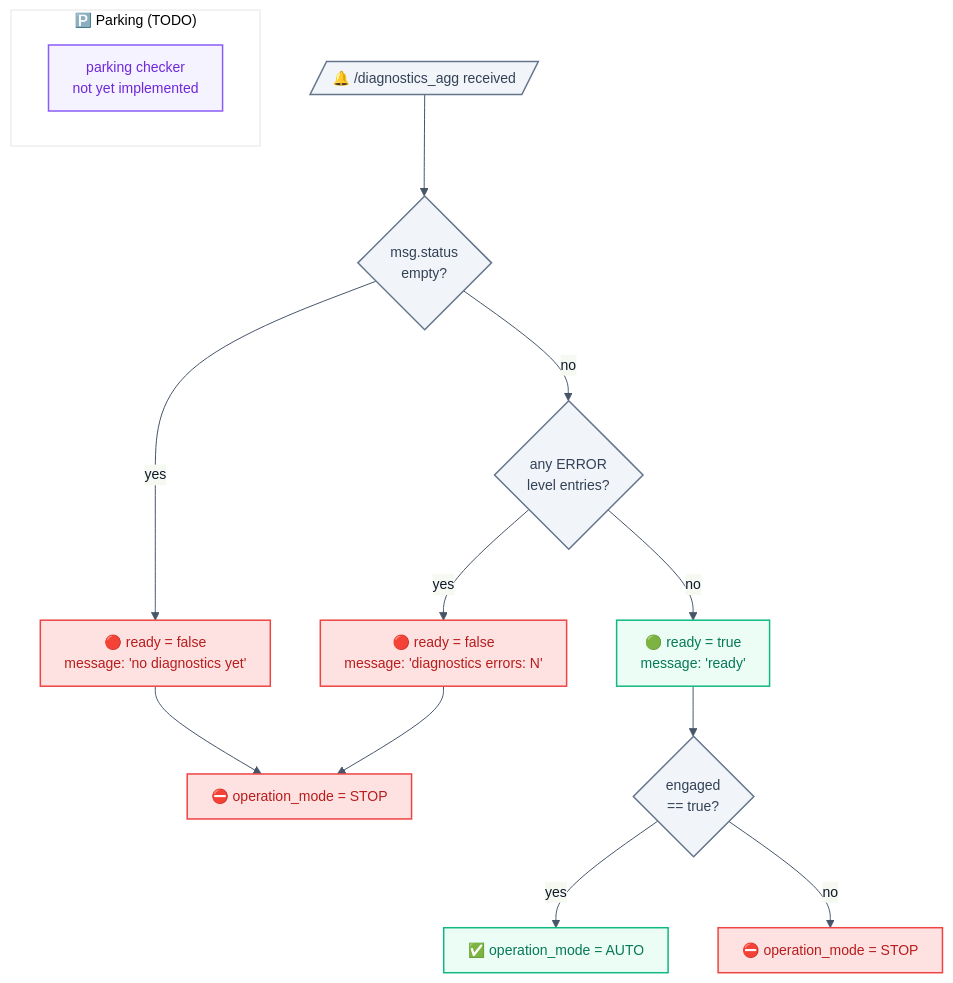
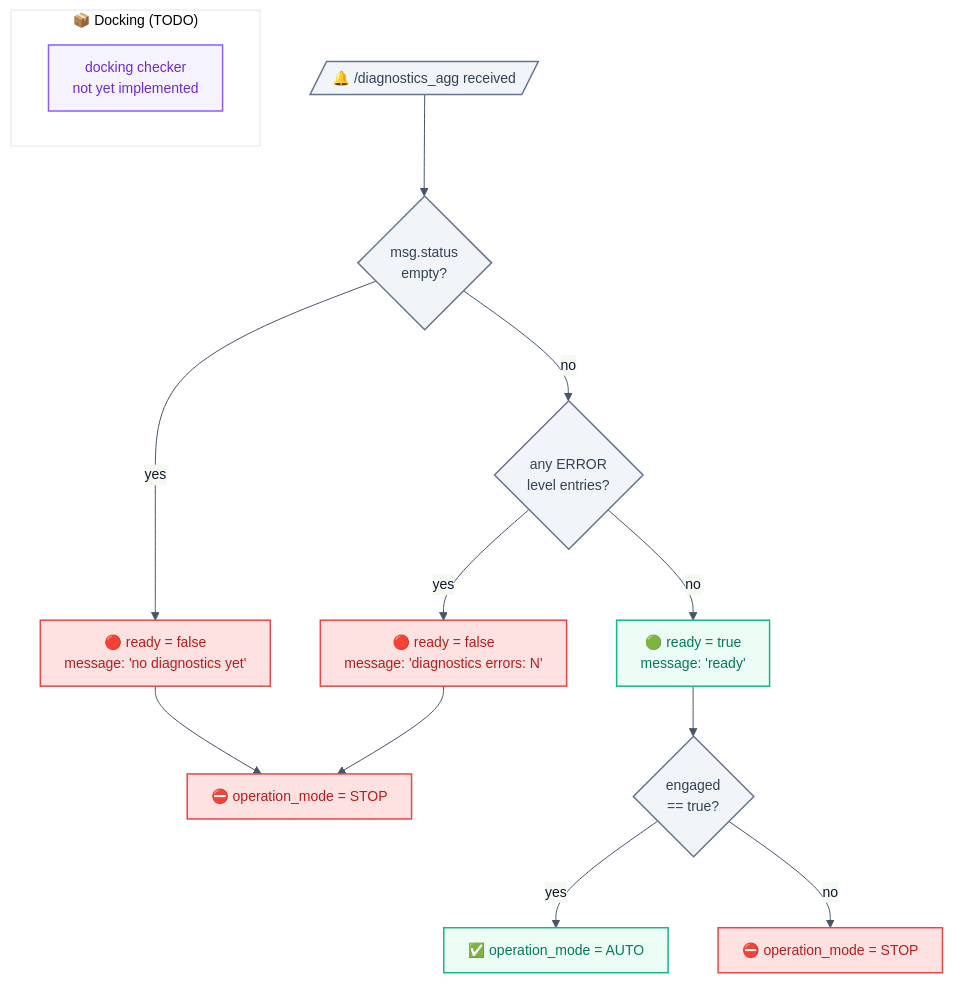
One commit to hwanhonglee/CAMROD changed the third of 4 diagrams in camrod_system/README.md. Above: the diagram before and after it, drawn with Mermaid. The commit also changed other lines of this file and 12 other files, not shown here.

First line of the commit message:
docs(HH_260528): rename camrod_parking → camrod_docking across all READMEs

````diff
--- a/camrod_system/README.md
+++ b/camrod_system/README.md
@@ -116,24 +116,24 @@
 ```mermaid
 %%{init: {'theme': 'base', 'themeVariables': {'fontFamily': 'ui-sans-serif, system-ui, sans-serif', 'fontSize': '14px', 'primaryColor': '#F1F5F9', 'primaryTextColor': '#0F172A', 'primaryBorderColor': '#64748B', 'lineColor': '#475569'}, 'flowchart': {'curve': 'basis', 'htmlLabels': true, 'padding': 12}}}%%
 flowchart TD
   A[/🔔 /diagnostics_agg received/]:::system --> B{msg.status\nempty?}:::system
   B -->|yes| C[🔴 ready = false\nmessage: 'no diagnostics yet']:::platform
   B -->|no| D{any ERROR\nlevel entries?}:::system
   D -->|yes| E[🔴 ready = false\nmessage: 'diagnostics errors: N']:::platform
   D -->|no| F[🟢 ready = true\nmessage: 'ready']:::localization
 
   C --> G[⛔ operation_mode = STOP]:::platform
   E --> G
   F --> H{engaged\n== true?}:::system
   H -->|yes| I[✅ operation_mode = AUTO]:::localization
   H -->|no| J[⛔ operation_mode = STOP]:::platform
 
-  subgraph PARKING_NOTE["🅿️ Parking (TODO)"]
-    PTODO[parking checker\nnot yet implemented]:::parking
+  subgraph DOCKING_NOTE["📦 Docking (TODO)"]
+    PTODO[docking checker\nnot yet implemented]:::docking
   end
 
   classDef system       fill:#F1F5F9,stroke:#64748B,stroke-width:1.5px,color:#334155;
   classDef localization fill:#ECFDF5,stroke:#10B981,stroke-width:1.5px,color:#047857;
   classDef platform     fill:#FEE2E2,stroke:#EF4444,stroke-width:1.5px,color:#B91C1C;
-  classDef parking      fill:#F5F3FF,stroke:#8B5CF6,stroke-width:1.5px,color:#6D28D9;
+  classDef docking      fill:#F5F3FF,stroke:#8B5CF6,stroke-width:1.5px,color:#6D28D9;
 ```
````
